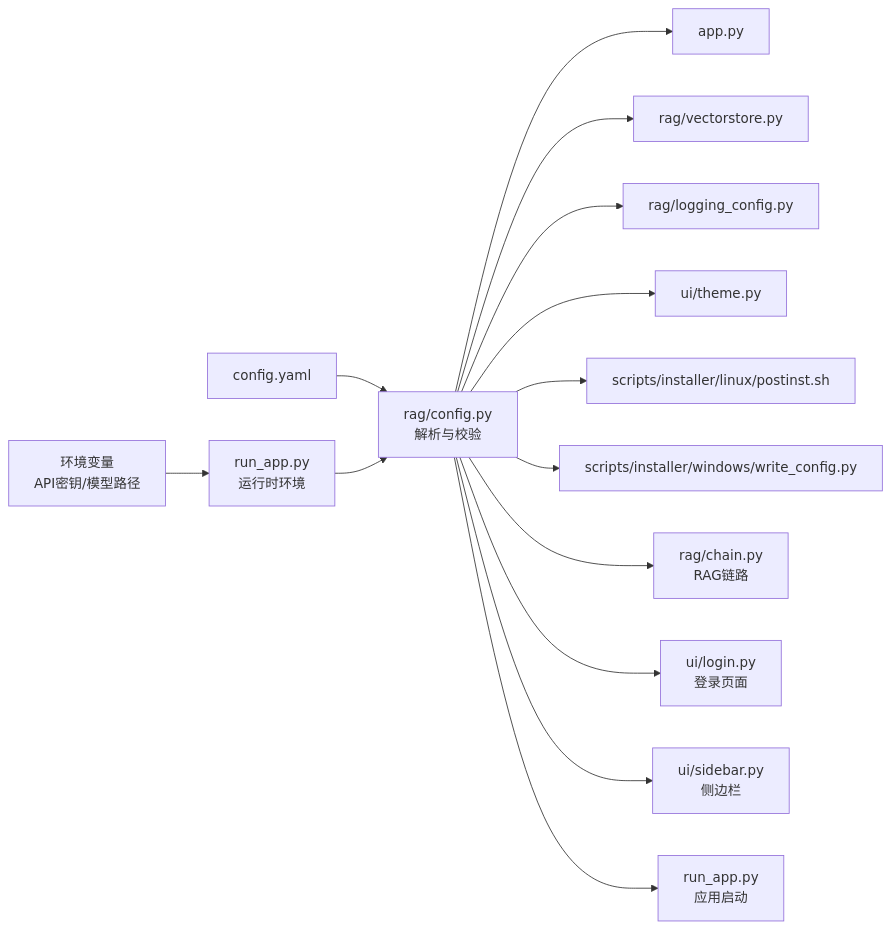
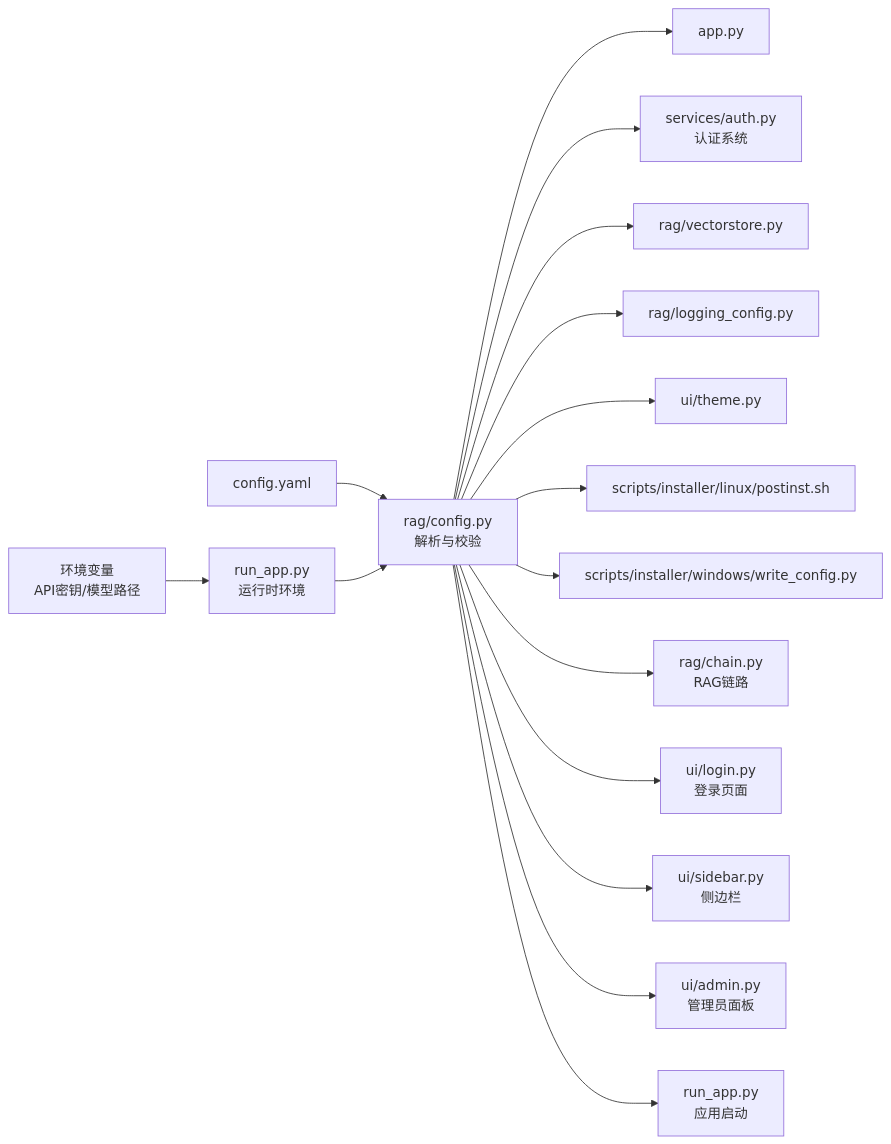
The sixth of 6 diagrams in .qoder/repowiki/zh/content/RAG核心引擎/配置管理系统.md (joyafa/knowledge), drawn with Mermaid before and after one commit. The commit also changed other lines of this file and 16 other files, not shown here.

````diff
--- a/.qoder/repowiki/zh/content/RAG核心引擎/配置管理系统.md
+++ b/.qoder/repowiki/zh/content/RAG核心引擎/配置管理系统.md
@@ -376,16 +446,18 @@
 ```mermaid
 graph LR
 cfg["config.yaml"] --> parse["rag/config.py<br/>解析与校验"]
 env["环境变量<br/>API密钥/模型路径"] --> runtime["run_app.py<br/>运行时环境"]
 runtime --> parse
 parse --> app["app.py"]
+parse --> auth["services/auth.py<br/>认证系统"]
 parse --> vs["rag/vectorstore.py"]
 parse --> log["rag/logging_config.py"]
 parse --> theme["ui/theme.py"]
 parse --> lnx["scripts/installer/linux/postinst.sh"]
 parse --> win["scripts/installer/windows/write_config.py"]
 parse --> chain["rag/chain.py<br/>RAG链路"]
 parse --> login["ui/login.py<br/>登录页面"]
 parse --> sidebar["ui/sidebar.py<br/>侧边栏"]
+parse --> admin["ui/admin.py<br/>管理员面板"]
 parse --> runapp["run_app.py<br/>应用启动"]
 ```
````
